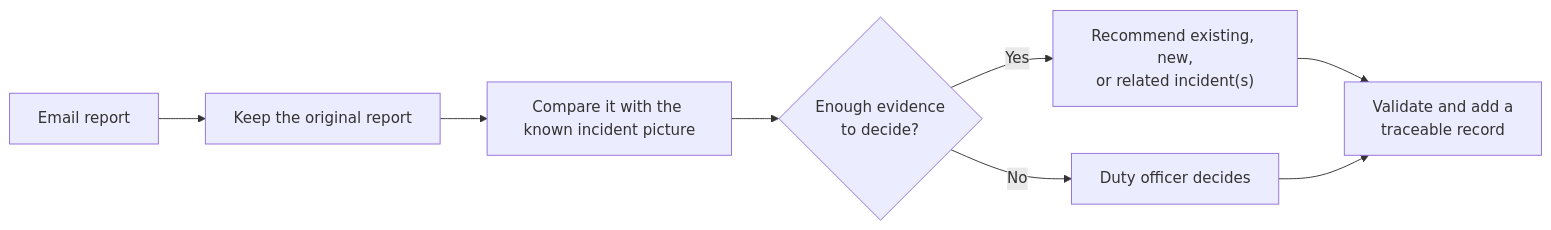
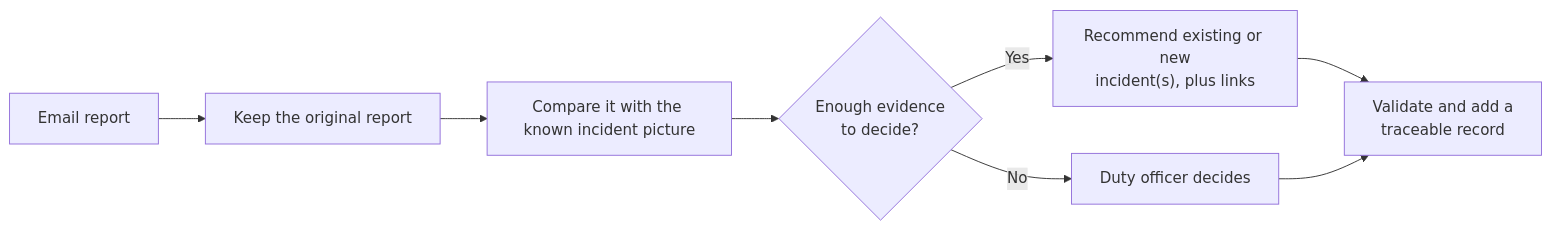
One commit to florinmarcus/red-mle-technical-exercise changed the first of 2 diagrams in DESIGN.md. Above: the diagram before and after it, drawn with Mermaid. The commit also changed other lines of this file, not shown here.

````diff
--- a/DESIGN.md
+++ b/DESIGN.md
@@ -10,10 +10,10 @@
 ```mermaid
 flowchart LR
     A["Email report"] --> B["Keep the original report"]
     B --> C["Compare it with the known incident picture"]
     C --> D{"Enough evidence<br/>to decide?"}
-    D -->|Yes| E["Recommend existing, new,<br/>or related incident(s)"]
+    D -->|Yes| E["Recommend existing or new<br/>incident(s), plus links"]
     E --> F["Validate and add a<br/>traceable record"]
     D -->|No| G["Duty officer decides"]
     G --> F
 ```
````
